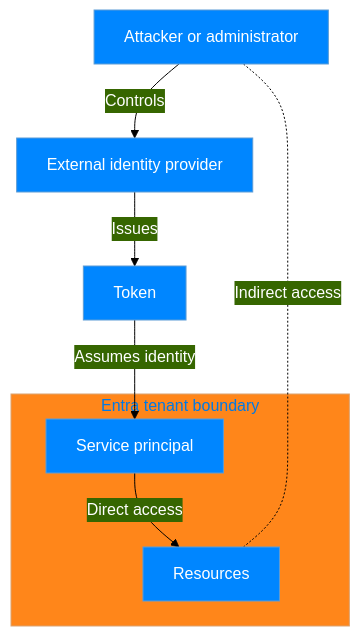
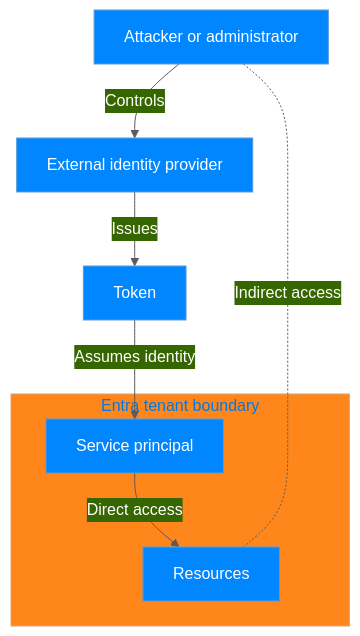
Before and after one commit to lucas-ko/lucas-ko.github.io: the third of 3 diagrams in _posts/2025-01-11-Workload-Identity-Federation-Hidden-Risks.md, drawn with Mermaid. The commit also changed other lines of this file, not shown here.

````diff
--- a/_posts/2025-01-11-Workload-Identity-Federation-Hidden-Risks.md
+++ b/_posts/2025-01-11-Workload-Identity-Federation-Hidden-Risks.md
@@ -91,18 +91,18 @@
 ```mermaid
 %%{
   init: {
     'theme': 'base',
     'themeVariables': {
       'primaryColor': '#0086FF',
       'primaryTextColor': '#FFFFFF',
-      'lineColor': '#000000',
-      'darkMode': 'false'
+      'lineColor': '#5b5b5b',
+      'darkMode': 'true'
     }
   }
 }%% flowchart TD  
     A["Attacker or administrator"] -- Controls --> B["External identity provider"] -- Issues --> C[Token] -- Assumes identity --> D["Service principal"]
 subgraph TB ["Entra tenant boundary"]
        D["Service principal"] -- Direct access --> E[Resources]
 end
 A -. Indirect access .- E
 ```
````
